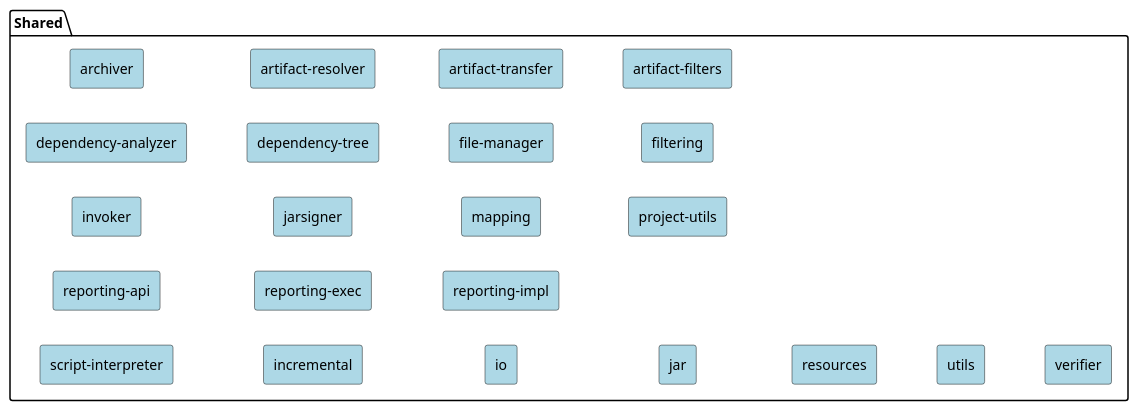
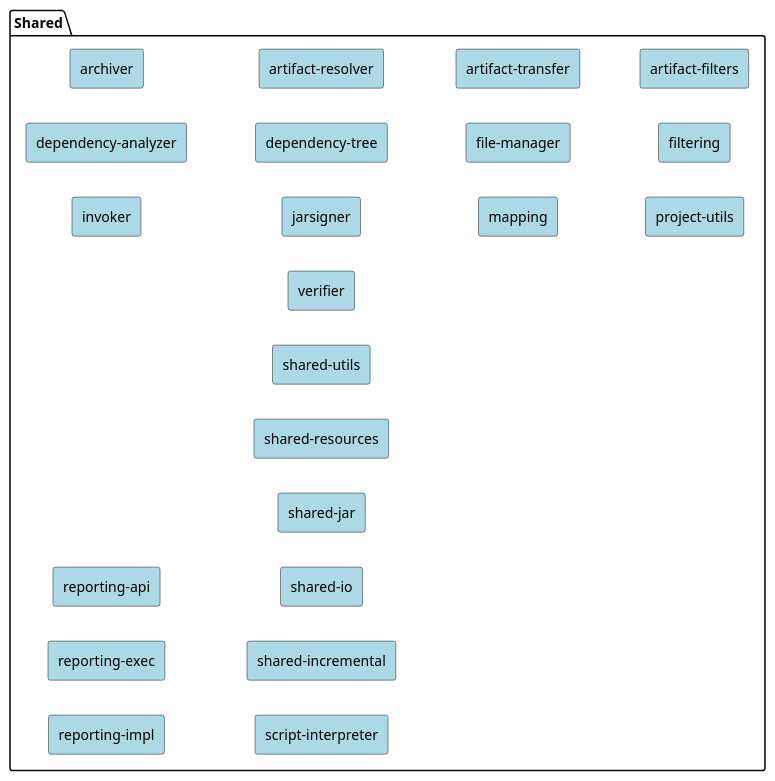
One commit to apache/maven-site changed the diagram in src/plantuml/maven-sources/shared.puml. Above: the diagram before and after it, drawn with PlantUML.

Commit message:
Align "shared" module names with their real names
to make comparison with sources/default.xml easier.

```diff
--- a/src/plantuml/maven-sources/shared.puml
+++ b/src/plantuml/maven-sources/shared.puml
@@ -19,89 +19,85 @@
 @startuml
 
 <style>
 
     rectangle {
         BackgroundColor LightBlue
     }
 }
 </style>
 
 package "Shared" {
 
 left to right direction
 
   rectangle "archiver"
   rectangle "artifact-resolver"
   rectangle "artifact-transfer"
   rectangle "artifact-filters"
   rectangle "dependency-analyzer"
   rectangle "dependency-tree"
   rectangle "file-manager"
   rectangle "filtering"
   rectangle "invoker"
   rectangle "jarsigner"
   rectangle "mapping"
   rectangle "project-utils"
   rectangle "reporting-api"
   rectangle "reporting-exec"
   rectangle "reporting-impl"
   rectangle "script-interpreter"
-  rectangle "incremental"
-  rectangle "io"
-  rectangle "jar"
-  rectangle "resources"
-  rectangle "utils"
+  rectangle "shared-incremental"
+  rectangle "shared-io"
+  rectangle "shared-jar"
+  rectangle "shared-resources"
+  rectangle "shared-utils"
   rectangle "verifier"
 }
 
 'hidden dependencies to change layout
 "archiver" -[hidden]down- "artifact-resolver"
 "artifact-resolver" -[hidden]down- "artifact-transfer"
 "artifact-transfer" -[hidden]down- "artifact-filters"
 
 "archiver"  -[hidden]left- "dependency-analyzer"
 "dependency-analyzer" -[hidden]down- "dependency-tree"
 "dependency-tree" -[hidden]down- "file-manager"
 "file-manager" -[hidden]down- "filtering"
 
 "dependency-analyzer" -[hidden]left- "invoker"
 "invoker" -[hidden]down- "jarsigner"
 "jarsigner" -[hidden]down- "mapping"
 "mapping" -[hidden]down- "project-utils"
 
-"invoker" -[hidden]left- "reporting-api"
-"reporting-api" -[hidden]down- "reporting-exec"
-"reporting-exec" -[hidden]down- "reporting-impl"
-
-"reporting-api" -[hidden]left- "script-interpreter"
-"script-interpreter" -[hidden]down- "incremental"
-"incremental" -[hidden]down- "io"
-"io" -[hidden]down- "jar"
-"jar" -[hidden]down- "resources"
-"resources" -[hidden]down- "utils"
-"utils" -[hidden]down- "verifier"
+"reporting-api" -[hidden]down-> "script-interpreter"
+"script-interpreter" -[hidden]> "shared-incremental"
+"shared-incremental" -[hidden]> "shared-io"
+"shared-io" -[hidden]> "shared-jar"
+"shared-jar" -[hidden]> "shared-resources"
+"shared-resources" -[hidden]> "shared-utils"
+"shared-utils" -[hidden]> "verifier"
 
 
 url of "archiver" is [[https://github.com/apache/maven-archiver]]
 url of "artifact-resolver" is [[https://github.com/apache/maven-resolver]]
 url of "artifact-transfer" is [[https://github.com/apache/maven-artifact-transfer]]
 url of "artifact-filters" is [[https://github.com/apache/maven-common-artifact-filters]]
 url of "dependency-analyzer" is [[https://github.com/apache/maven-dependency-analyzer]]
 url of "dependency-tree" is [[https://github.com/apache/maven-dependency-tree]]
 url of "file-manager" is [[https://github.com/apache/maven-file-management]]
 url of "filtering" is [[https://github.com/apache/maven-filtering]]
 url of "invoker" is [[https://github.com/apache/maven-invoker]]
 url of "jarsigner" is [[https://github.com/apache/maven-jarsigner]]
 url of "mapping" is [[https://github.com/apache/maven-mapping]]
 url of "project-utils" is [[https://github.com/apache/maven-project-utils]]
 url of "reporting-api" is [[https://github.com/apache/maven-reporting-api]]
 url of "reporting-exec" is [[https://github.com/apache/maven-reporting-exec]]
 url of "reporting-impl" is [[https://github.com/apache/maven-reporting-impl]]
 url of "script-interpreter" is [[https://github.com/apache/maven-script-interpreter]]
-url of "incremental" is [[https://github.com/apache/maven-shared-incremental]]
-url of "io" is [[https://github.com/apache/maven-shared-io]]
-url of "jar" is [[https://github.com/apache/maven-shared-jar]]
-url of "resources" is [[https://github.com/apache/maven-shared-resources]]
-url of "utils" is [[https://github.com/apache/maven-shared-utils]]
+url of "shared-incremental" is [[https://github.com/apache/maven-shared-incremental]]
+url of "shared-io" is [[https://github.com/apache/maven-shared-io]]
+url of "shared-jar" is [[https://github.com/apache/maven-shared-jar]]
+url of "shared-resources" is [[https://github.com/apache/maven-shared-resources]]
+url of "shared-utils" is [[https://github.com/apache/maven-shared-utils]]
 url of "verifier" is [[https://github.com/apache/maven-verifier]]
 @enduml
```
